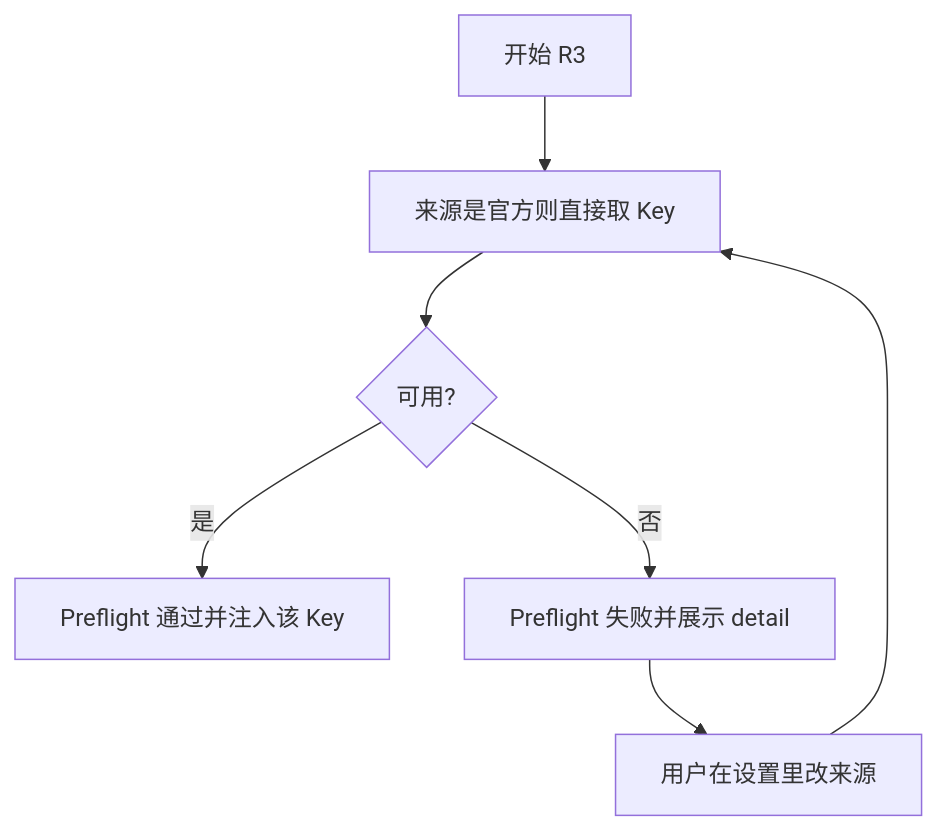
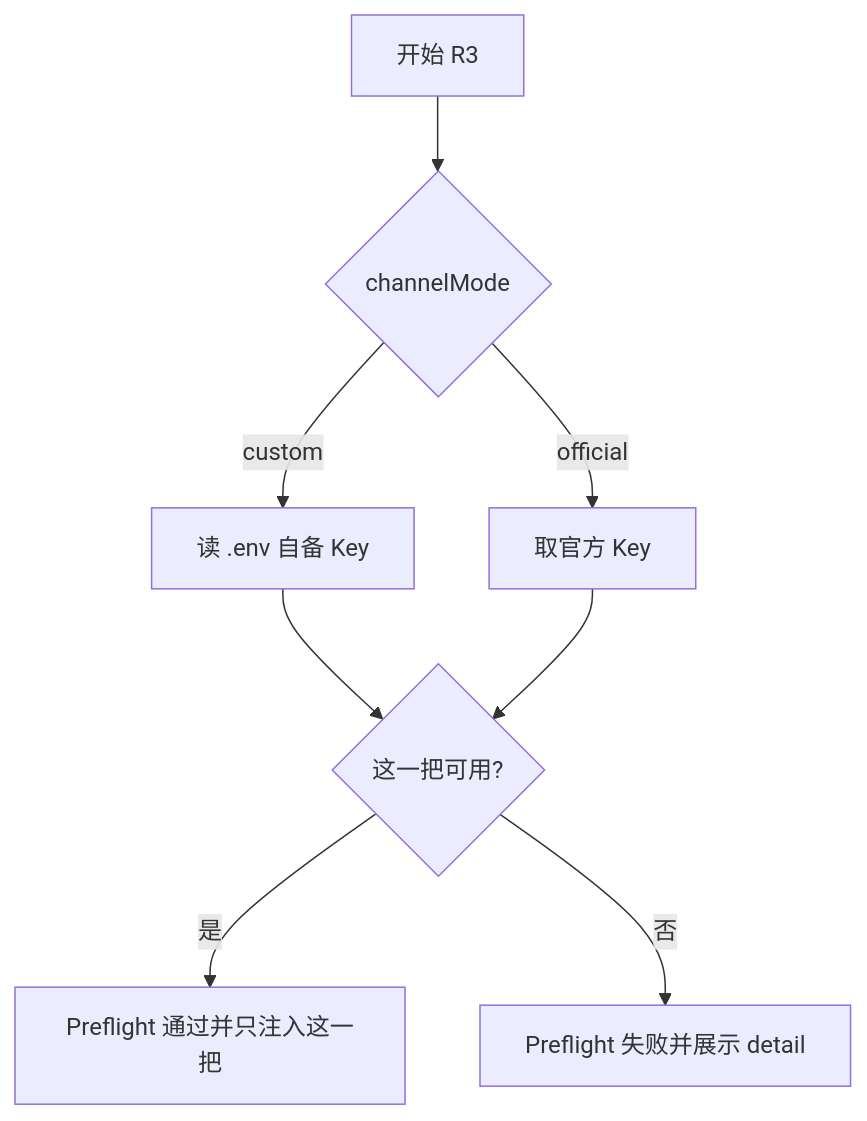
The diagram in docs/design/US-PK-C-04-与BYOK并存及停用提示.md (Pedro-MAFS/ftcs), drawn with Mermaid before and after one commit. The commit also changed other lines of this file and 4 other files, not shown here.

````diff
--- a/docs/design/US-PK-C-04-与BYOK并存及停用提示.md
+++ b/docs/design/US-PK-C-04-与BYOK并存及停用提示.md
@@ -135,16 +145,18 @@
 ```mermaid
 flowchart TD
   start[开始 R3]
-  pick[来源是官方则直接取 Key]
-  ok{可用?}
-  run[Preflight 通过并注入该 Key]
+  mode{channelMode}
+  byok[读 .env 自备 Key]
+  fetch[取官方 Key]
+  ok{这一把可用?}
+  run[Preflight 通过并只注入这一把]
   block[Preflight 失败并展示 detail]
-  switch[用户在设置里改来源]
 
-  start --> pick
-  pick --> ok
+  start --> mode
+  mode -->|custom| byok
+  mode -->|official| fetch
+  byok --> ok
+  fetch --> ok
   ok -->|是| run
   ok -->|否| block
-  block --> switch
-  switch --> pick
 ```
````
